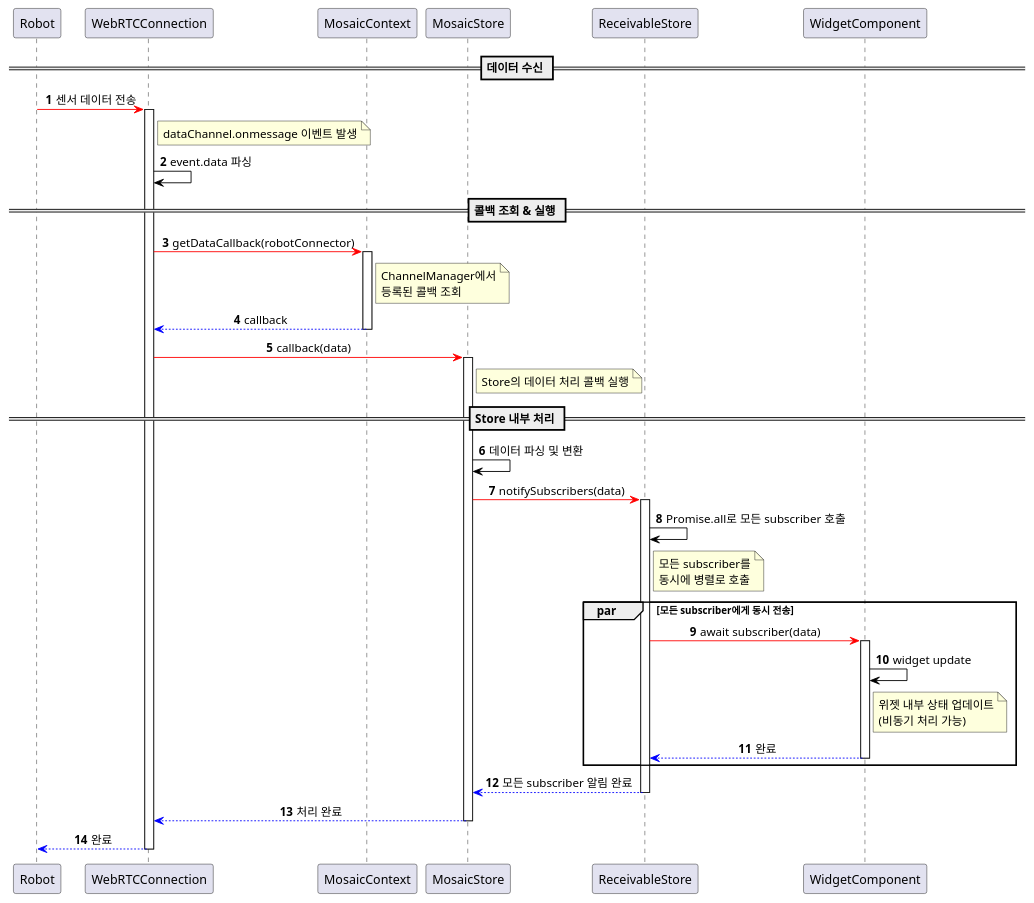
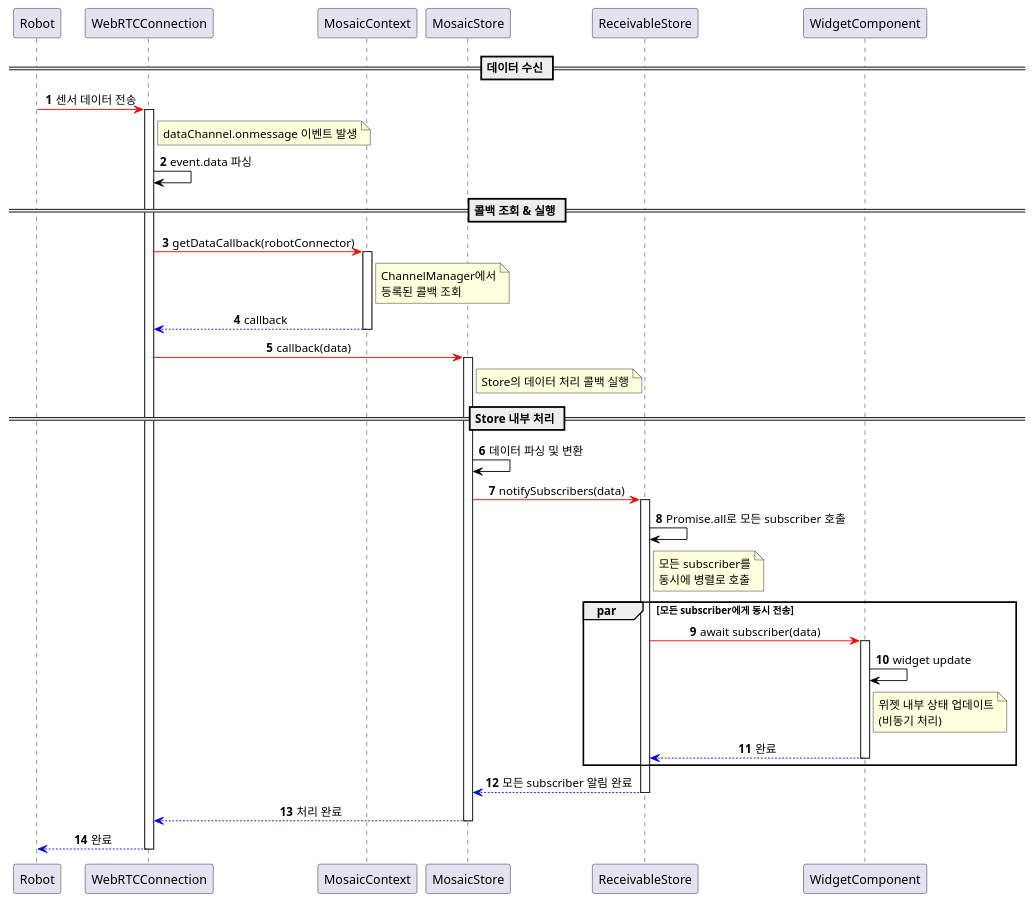
One commit to ACSL-MOSAIC/MOSAIC-Server changed the diagram in diagram/sequence_data_receive.puml. Above: the diagram before and after it, drawn with PlantUML. The commit also changed 1 other file, not shown here.

Commit message:
modify: data_receive & transmit sequence

```diff
--- a/diagram/sequence_data_receive.puml
+++ b/diagram/sequence_data_receive.puml
@@ -1,69 +1,69 @@
 @startuml
 skinparam sequenceMessageAlign center
 skinparam maxMessageSize 250
 autonumber
 
 participant "Robot" as Robot
 participant "WebRTCConnection" as WebRTCConnection
 participant "MosaicContext" as MosaicContext
 participant "MosaicStore" as MosaicStore
 participant "ReceivableStore" as ReceivableStore
 participant "WidgetComponent" as WidgetComponent
 
 == 데이터 수신 ==
 
 Robot -[#red]> WebRTCConnection: 센서 데이터 전송
 
 activate WebRTCConnection
 note right of WebRTCConnection: dataChannel.onmessage 이벤트 발생
 
 WebRTCConnection -[#black]> WebRTCConnection: event.data 파싱
 
 == 콜백 조회 & 실행 ==
 
 WebRTCConnection -[#red]> MosaicContext: getDataCallback(robotConnector)
 activate MosaicContext
 
 note right of MosaicContext: ChannelManager에서\n등록된 콜백 조회
 
 MosaicContext --[#blue]> WebRTCConnection: callback
 deactivate MosaicContext
 
 
 WebRTCConnection -[#red]> MosaicStore: callback(data)
 activate MosaicStore
 note right of MosaicStore: Store의 데이터 처리 콜백 실행
 
 == Store 내부 처리 ==
 
 MosaicStore -[#black]> MosaicStore: 데이터 파싱 및 변환
 
 
 MosaicStore -[#red]> ReceivableStore: notifySubscribers(data)
 activate ReceivableStore
 
 ReceivableStore -[#black]> ReceivableStore: Promise.all로 모든 subscriber 호출
 note right of ReceivableStore: 모든 subscriber를\n동시에 병렬로 호출
 
 par 모든 subscriber에게 동시 전송
   ReceivableStore -[#red]> WidgetComponent: await subscriber(data)
   activate WidgetComponent
   
   WidgetComponent -[#black]> WidgetComponent: widget update
-  note right of WidgetComponent: 위젯 내부 상태 업데이트\n(비동기 처리 가능)
+  note right of WidgetComponent: 위젯 내부 상태 업데이트\n(비동기 처리)
   
   WidgetComponent --[#blue]> ReceivableStore: 완료
   deactivate WidgetComponent
 
   deactivate WidgetComponent
 end
 
 ReceivableStore --[#blue]> MosaicStore: 모든 subscriber 알림 완료
 deactivate ReceivableStore
 
 MosaicStore --[#blue]> WebRTCConnection: 처리 완료
 deactivate MosaicStore
 
 WebRTCConnection --[#blue]> Robot: 완료
 deactivate WebRTCConnection
 @enduml
```
